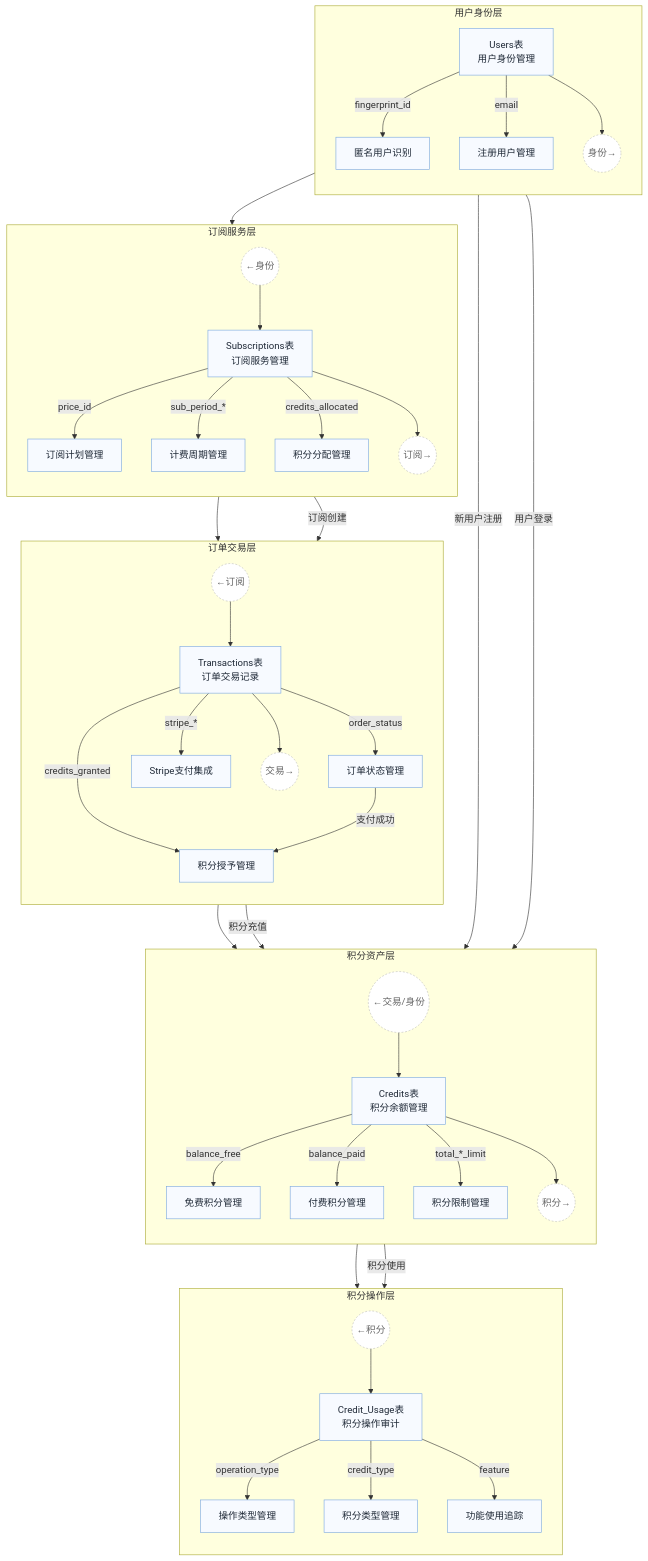
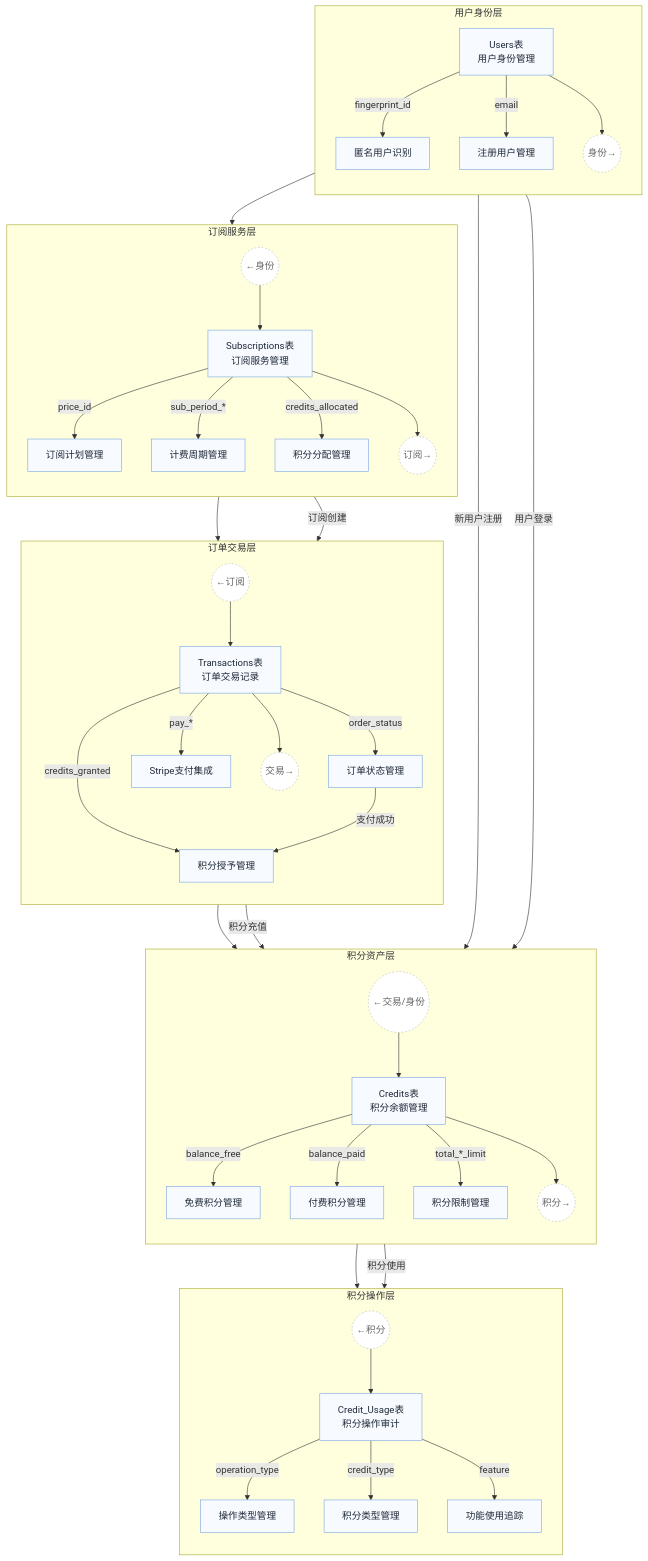
Before and after one commit to caofanCPU/diaomao: the third of 24 diagrams in docs/paid-design-v1.0.md, drawn with Mermaid. The commit also changed other lines of this file and 1 other file, not shown here.

```diff
--- a/docs/paid-design-v1.0.md
+++ b/docs/paid-design-v1.0.md
@@ -706,7 +708,7 @@
       CG[积分授予管理]:::core
       L3_IN --> T
       T --> |order_status| OS
-      T --> |stripe_*| SP
+      T --> |pay_*| SP
       T --> |credits_granted| CG
       L3_OUT((交易→)):::entry
       T --> L3_OUT
```
